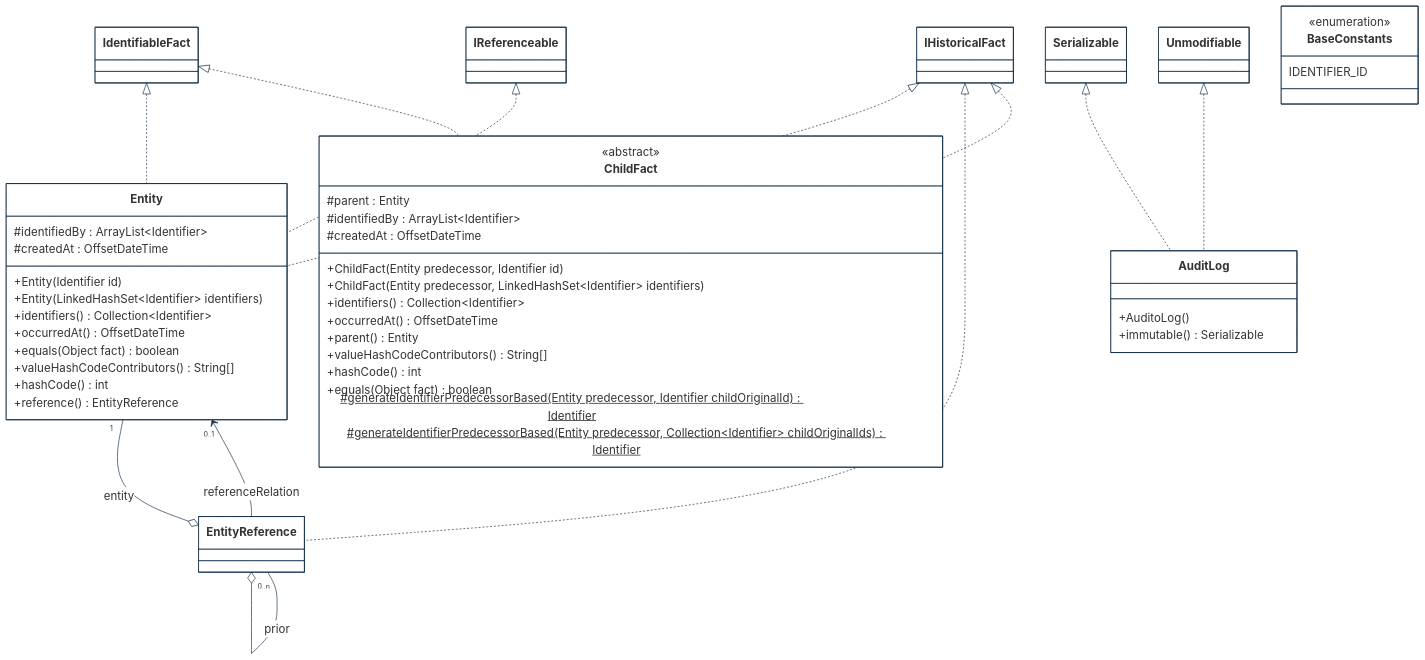
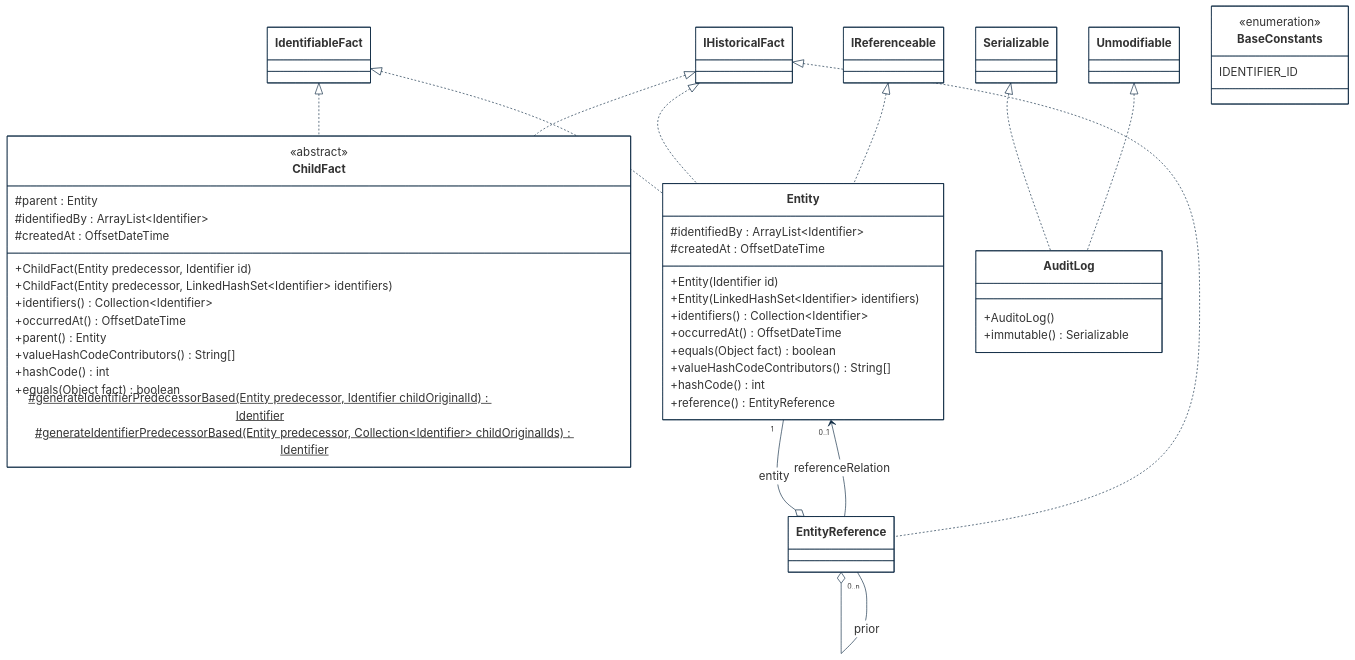
One commit to cybnity/foundation changed the first of 5 diagrams in implementations-line/framework/immutable/designview-packages.md. Above: the diagram before and after it, drawn with Mermaid. The commit also changed other lines of this file, not shown here.

````diff
--- a/implementations-line/framework/immutable/designview-packages.md
+++ b/implementations-line/framework/immutable/designview-packages.md
@@ -35,71 +35,71 @@
 ```mermaid
 %%{
   init: {
     'theme': 'base',
     'themeVariables': {
         'background': '#ffffff',
         'fontFamily': 'arial',
         'fontSize': '18px',
         'primaryColor': '#fff',
         'primaryBorderColor': '#0e2a43',
         'secondaryBorderColor': '#0e2a43',
         'tertiaryBorderColor': '#0e2a43',
         'edgeLabelBackground':'#0e2a43',
         'lineColor': '#0e2a43',
         'tertiaryColor': '#fff'
     }
   }
 }%%
 classDiagram
+    IHistoricalFact <|.. EntityReference
     IHistoricalFact <|.. ChildFact
     IdentifiableFact <|.. ChildFact
-    IHistoricalFact <|.. EntityReference
     Entity "0..1" <-- EntityReference : referenceRelation
     Entity "1" --o EntityReference : entity
+    IReferenceable <|.. Entity
     IHistoricalFact <|.. Entity
     IdentifiableFact <|.. Entity
-    IReferenceable <|.. Entity
     Unmodifiable <|.. AuditLog
     Serializable <|.. AuditLog
     EntityReference "0..n" --o EntityReference : prior
 
     class Entity {
         #identifiedBy : ArrayList~Identifier~
         #createdAt : OffsetDateTime
         +Entity(Identifier id)
         +Entity(LinkedHashSet~Identifier~ identifiers)
         +identifiers() Collection~Identifier~
         +occurredAt() OffsetDateTime
         +equals(Object fact) boolean
         +valueHashCodeContributors() String[]
         +hashCode() int
         +reference() EntityReference
     }
     class AuditLog {
         +AuditoLog()
         +immutable() Serializable
     }
     class ChildFact {
         <<abstract>>
         #parent : Entity
         #identifiedBy : ArrayList~Identifier~
         #createdAt : OffsetDateTime
         +ChildFact(Entity predecessor, Identifier id)
         +ChildFact(Entity predecessor, LinkedHashSet~Identifier~ identifiers)
         +identifiers() Collection~Identifier~
         +occurredAt() OffsetDateTime
         +parent() Entity
         +valueHashCodeContributors() String[]
         +hashCode() int
         +equals(Object fact) boolean
         #generateIdentifierPredecessorBased(Entity predecessor, Identifier childOriginalId)$ Identifier
         #generateIdentifierPredecessorBased(Entity predecessor, Collection~Identifier~ childOriginalIds)$ Identifier
     }
     class BaseConstants {
         <<enumeration>>
         IDENTIFIER_ID
     }
     class EntityReference {
     }
 
 ```
````
